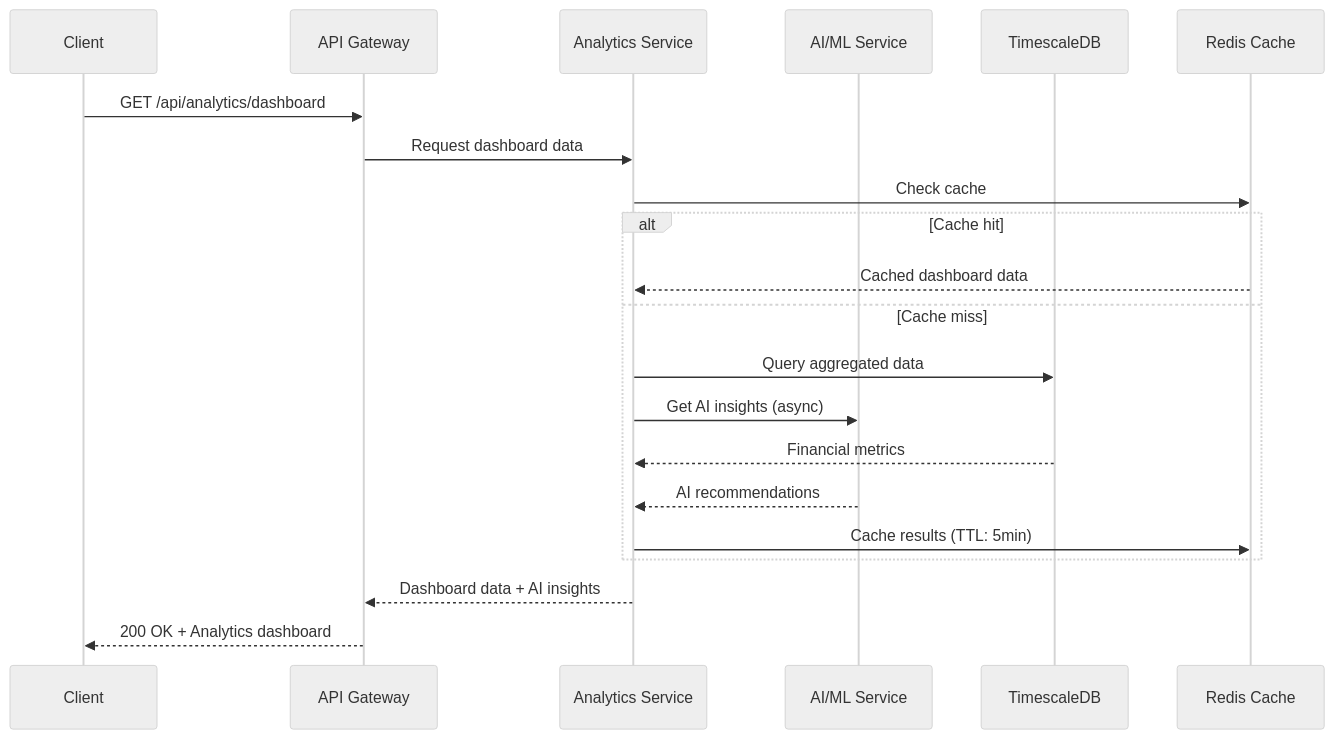
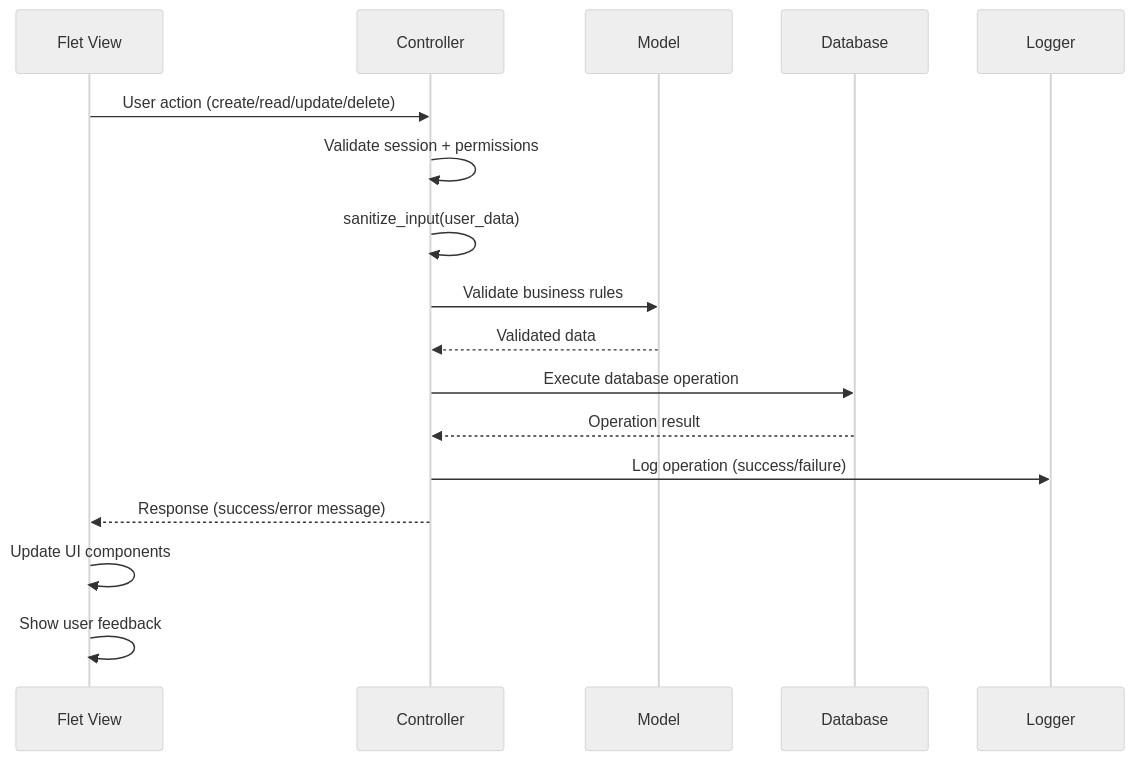
One commit to estebanfabianp/app-presopuesto changed the fourth of 4 diagrams in documentacion/ARCHITECTURE.md. Above: the diagram before and after it, drawn with Mermaid (neutral theme). The commit also changed other lines of this file and 25 other files, not shown here.

````diff
--- a/documentacion/ARCHITECTURE.md
+++ b/documentacion/ARCHITECTURE.md
@@ -364,24 +303,20 @@
 ```mermaid
 sequenceDiagram
-    participant C as Client
-    participant G as API Gateway
-    participant A as Analytics Service
-    participant AI as AI/ML Service
-    participant TS as TimescaleDB
-    participant R as Redis Cache
+    participant V as Flet View
+    participant C as Controller  
+    participant M as Model
+    participant DB as Database
+    participant L as Logger
     
-    C->>G: GET /api/analytics/dashboard
-    G->>A: Request dashboard data
-    A->>R: Check cache
-    alt Cache hit
-        R-->>A: Cached dashboard data
-    else Cache miss
-        A->>TS: Query aggregated data
-        A->>AI: Get AI insights (async)
-        TS-->>A: Financial metrics
-        AI-->>A: AI recommendations
-        A->>R: Cache results (TTL: 5min)
-    end
-    A-->>G: Dashboard data + AI insights
-    G-->>C: 200 OK + Analytics dashboard
+    V->>C: User action (create/read/update/delete)
+    C->>C: Validate session + permissions
+    C->>C: sanitize_input(user_data)
+    C->>M: Validate business rules
+    M-->>C: Validated data
+    C->>DB: Execute database operation
+    DB-->>C: Operation result
+    C->>L: Log operation (success/failure)
+    C-->>V: Response (success/error message)
+    V->>V: Update UI components
+    V->>V: Show user feedback
 ```
````
